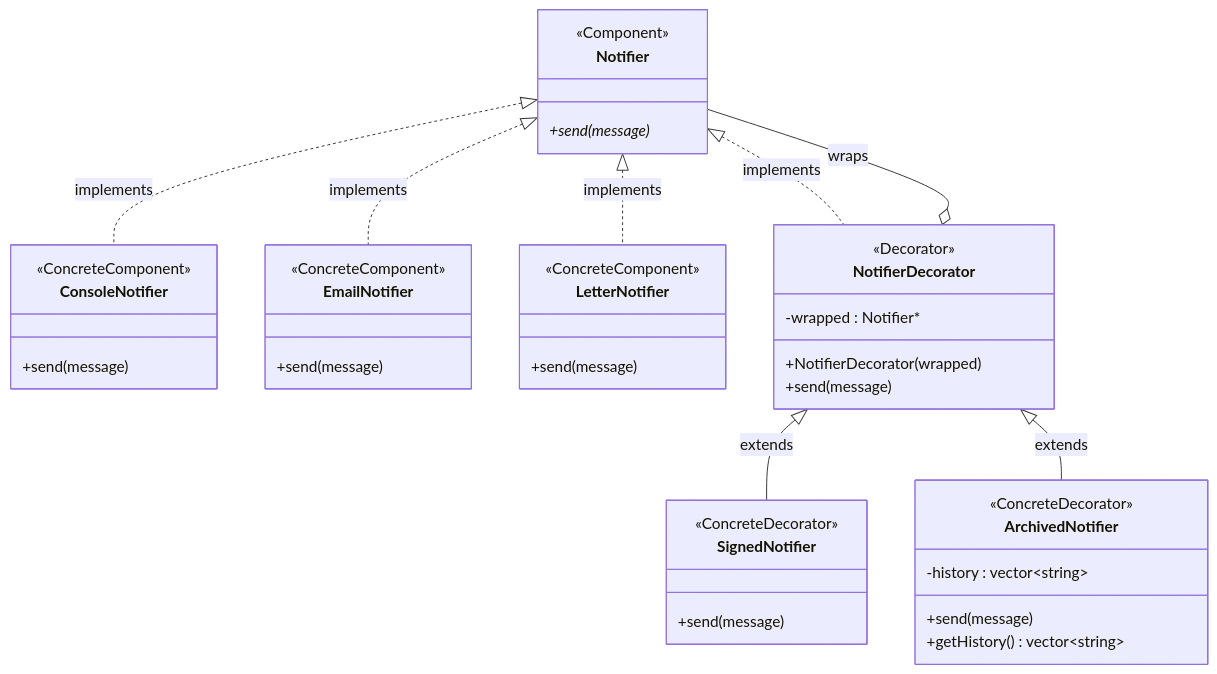
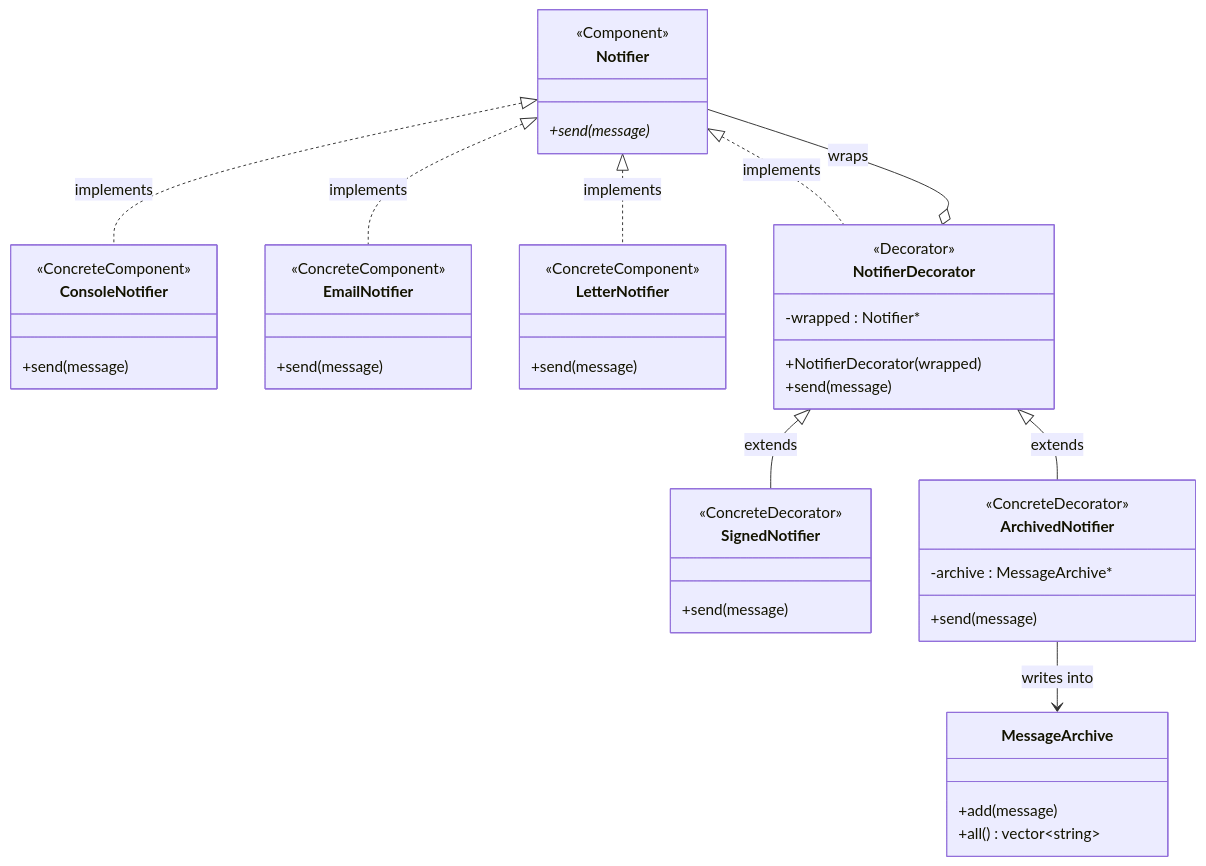
One commit to EftodeAndreiFAF242/TMPS changed the fourth of 8 diagrams in Lab3/REPORT.md. Above: the diagram before and after it, drawn with Mermaid. The commit also changed other lines of this file and 2 other files, not shown here.

First line of the commit message:
Write the report for all seven structural patterns

````diff
--- a/Lab3/REPORT.md
+++ b/Lab3/REPORT.md
@@ -199,42 +326,46 @@
 ```mermaid
 classDiagram
     class Notifier {
         <<Component>>
         +send(message)*
     }
     class ConsoleNotifier {
         <<ConcreteComponent>>
         +send(message)
     }
     class EmailNotifier {
         <<ConcreteComponent>>
         +send(message)
     }
     class LetterNotifier {
         <<ConcreteComponent>>
         +send(message)
     }
     class NotifierDecorator {
         <<Decorator>>
         -wrapped : Notifier#42;
         +NotifierDecorator(wrapped)
         +send(message)
     }
     class SignedNotifier {
         <<ConcreteDecorator>>
         +send(message)
     }
     class ArchivedNotifier {
         <<ConcreteDecorator>>
-        -history : vector~string~
+        -archive : MessageArchive#42;
         +send(message)
-        +getHistory() vector~string~
+    }
+    class MessageArchive {
+        +add(message)
+        +all() vector~string~
     }
     Notifier <|.. ConsoleNotifier : implements
     Notifier <|.. EmailNotifier : implements
     Notifier <|.. LetterNotifier : implements
     Notifier <|.. NotifierDecorator : implements
     NotifierDecorator o-- Notifier : wraps
     NotifierDecorator <|-- SignedNotifier : extends
     NotifierDecorator <|-- ArchivedNotifier : extends
+    ArchivedNotifier --> MessageArchive : writes into
 ```
````
